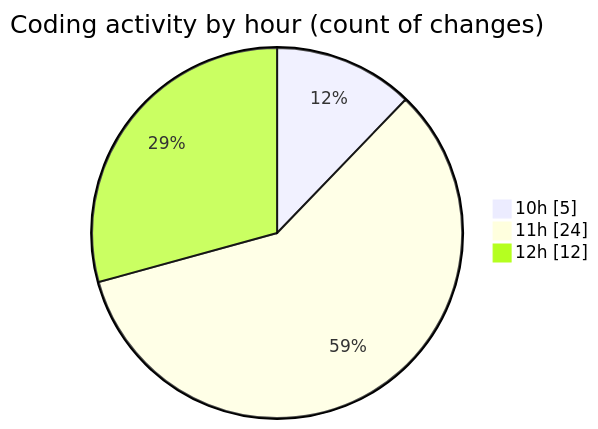
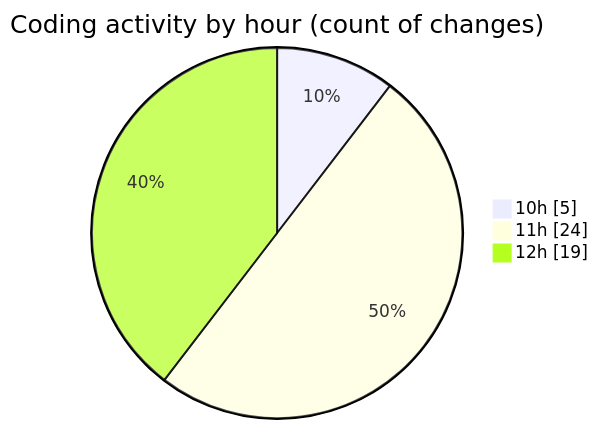
One commit to nxtqubesakshisongat/code-tracking changed the second of 2 diagrams in 2025-06-21/nxtqube_webapp/README.md. Above: the diagram before and after it, drawn with Mermaid. The commit also changed other lines of this file and 1 other file, not shown here.

````diff
--- a/2025-06-21/nxtqube_webapp/README.md
+++ b/2025-06-21/nxtqube_webapp/README.md
@@ -32,7 +32,7 @@
 ```mermaid
 pie showData
 title Coding activity by hour (count of changes)
 "10h" : 5
 "11h" : 24
-"12h" : 12
+"12h" : 19
 ```
````
